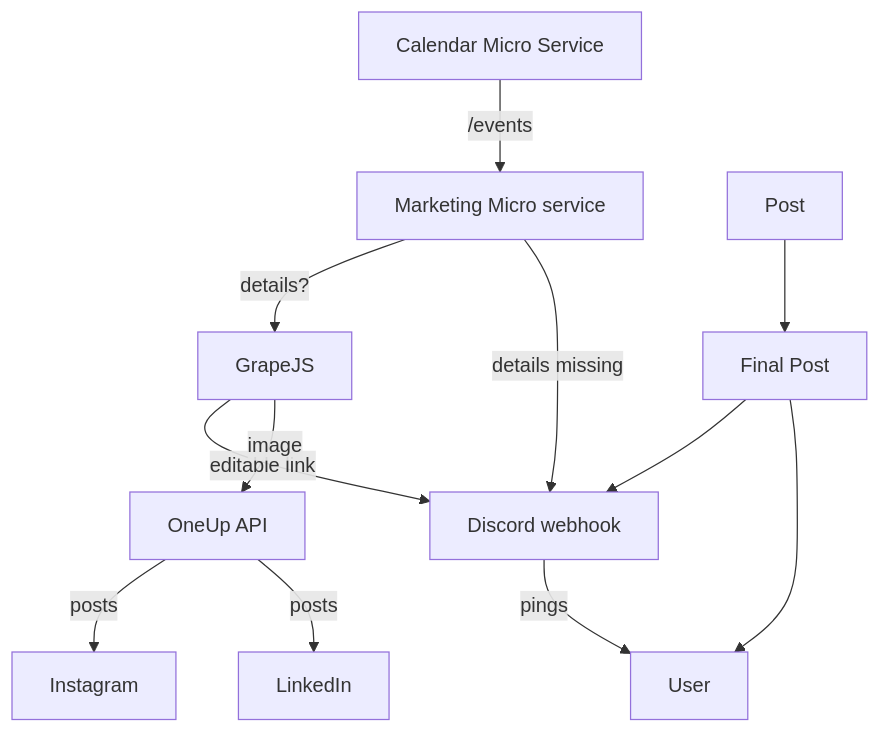
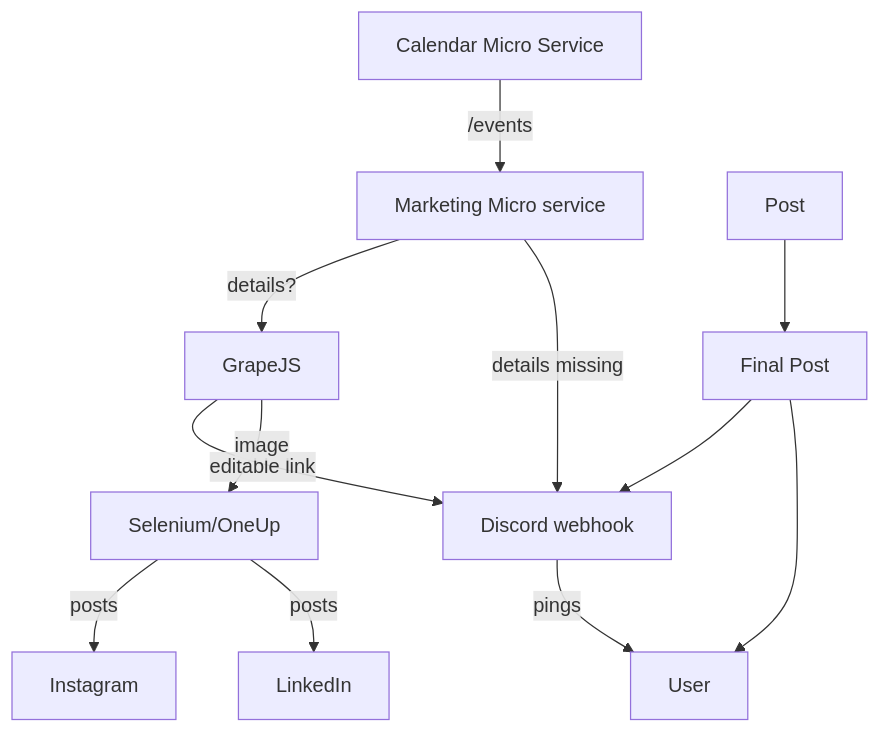
The diagram in modules/marketing/README.md (asusoda/soda-internal-api), drawn with Mermaid before and after one commit. The commit also changed other lines of this file, not shown here.

````diff
--- a/modules/marketing/README.md
+++ b/modules/marketing/README.md
@@ -59,14 +67,14 @@
 ```mermaid
 graph TD
-    A["Calendar Micro Service"] -->|/events| B["Marketing Micro service"]
-    B -->|details?| C["GrapeJS"]
-    C -->|editable link| D["Discord webhook"]
-    D -->|pings| E["User"]
-    F["Post"] --> G["Final Post"]
-    G --> D
-    G --> E
-    B -->|details missing| D
-    C -->|image| H["OneUp API"]
-    H -->|posts| I["Instagram"]
-    H -->|posts| J["LinkedIn"]
+      A["Calendar Micro Service"] -->|/events| B["Marketing Micro service"]
+      B -->|details?| C["GrapeJS"]
+      C -->|editable link| D["Discord webhook"]
+      D -->|pings| E["User"]
+      F["Post"] --> G["Final Post"]
+      G --> D
+      G --> E
+      B -->|details missing| D
+      C -->|image| H["Selenium/OneUp"]
+      H -->|posts| I["Instagram"]
+      H -->|posts| J["LinkedIn"]
 ```
````
